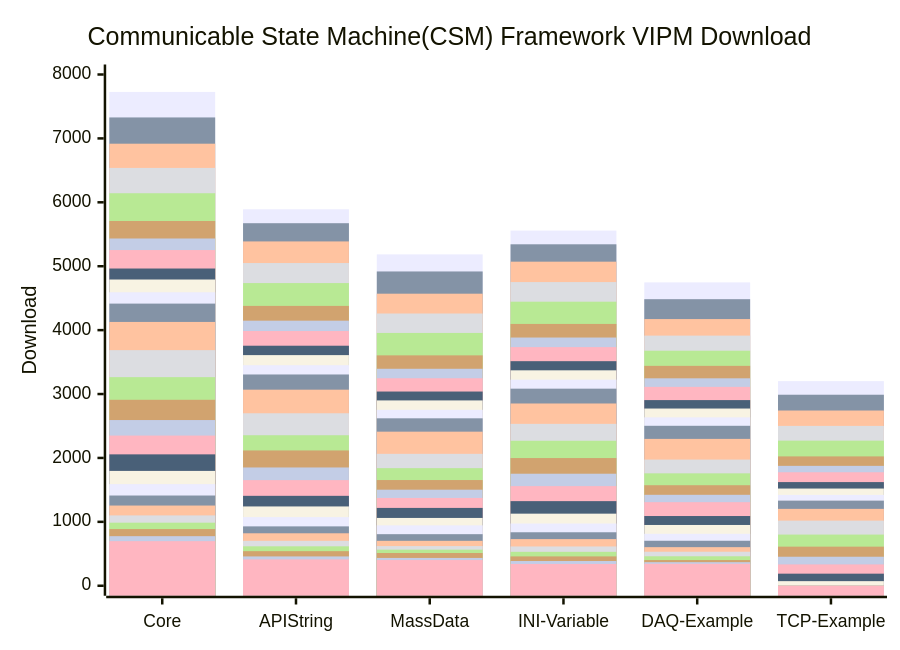
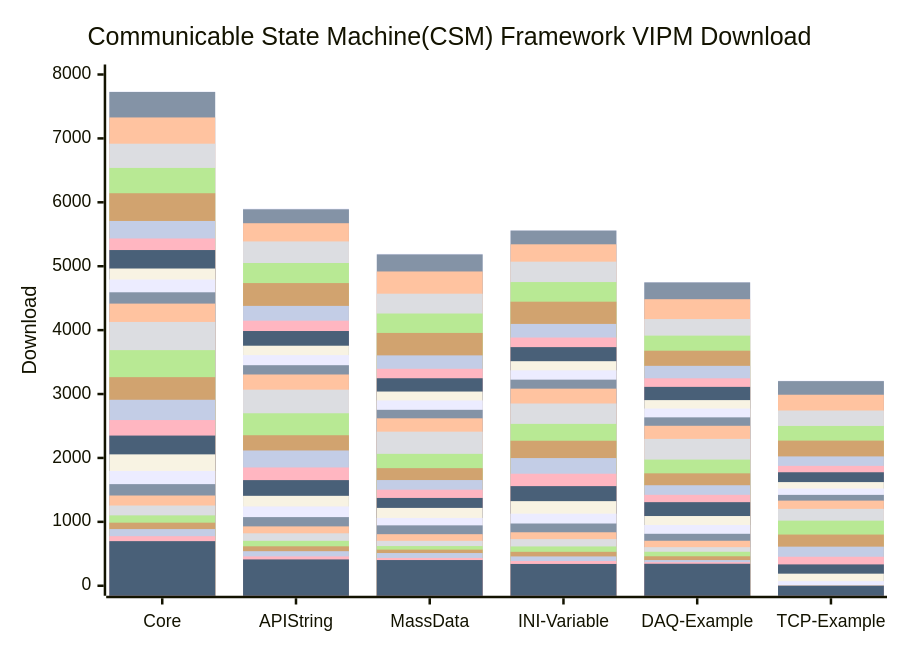
One commit to NEVSTOP-LAB/.github changed the diagram in profile/README.md. Above: the diagram before and after it, drawn with Mermaid. The commit also changed 2 other files, not shown here.

Commit message:
chore: update profile README

````diff
--- a/profile/README.md
+++ b/profile/README.md
@@ -42,34 +42,35 @@
 ```mermaid
     xychart-beta
     title "Communicable State Machine(CSM) Framework VIPM Download"
     x-axis [Core, API String, MassData, INI-Variable, DAQ-Example, TCP-Example]
     y-axis "Download" 0 --> 8000
+    bar   [7733, 5902, 5194, 5562, 4751, 3210, 2026.09]
     bar   [7727, 5891, 5185, 5558, 4747, 3202, 2026.08]
     bar   [7328, 5673, 4918, 5343, 4484, 2989, 2026.07]
     bar   [6917, 5388, 4570, 5071, 4173, 2742, 2026.06]
     bar   [6538, 5050, 4260, 4752, 3914, 2501, 2026.05]
     bar   [6142, 4736, 3956, 4445, 3678, 2271, 2026.04]
     bar   [5708, 4379, 3605, 4097, 3441, 2024, 2026.03]
     bar   [5434, 4148, 3395, 3884, 3246, 1876, 2026.02]
     bar   [5253, 3986, 3247, 3734, 3112, 1776, 2026.01]
     bar   [4964, 3756, 3039, 3514, 2905, 1622, 2025.12]
     bar   [4792, 3609, 2900, 3371, 2773, 1521, 2025.11]
     bar   [4592, 3451, 2753, 3225, 2635, 1422, 2025.10]
     bar   [4415, 3306, 2620, 3084, 2503, 1332, 2025.09]
     bar   [4128, 3068, 2411, 2852, 2298, 1203, 2025.08]
     bar   [3687, 2699, 2064, 2533, 1974, 1019, 2025.07]
     bar   [3264, 2355, 1840, 2269, 1759, 801, 2025.06]
     bar   [2910, 2117, 1654, 1998, 1573, 612, 2025.05]
     bar   [2593, 1851, 1503, 1753, 1423, 454, 2025.04]
     bar   [2350, 1653, 1374, 1559, 1308, 334, 2025.03]
     bar   [2056, 1407, 1218, 1324, 1091, 189, 2025.02]
     bar   [1797, 1241, 1061, 1128, 951, 72, 2025.01]
     bar   [1590, 1074, 945, 974, 813, 0, 2024.12]
     bar   [1412, 929, 807, 837, 704, 0, 2024.11]
     bar   [1255, 821, 703, 730, 604, 0, 2024.10]
     bar   [1101, 703, 621, 615, 532, 0, 2024.09]
     bar   [987, 617, 565, 531, 461, 0, 2024.08]
     bar   [887, 541, 512, 459, 402, 0, 2024.07]
     bar   [776, 459, 435, 387, 369, 0, 2024.06]
     bar   [698, 412, 402, 341, 344, 0, 2024.05]
 ```
````
